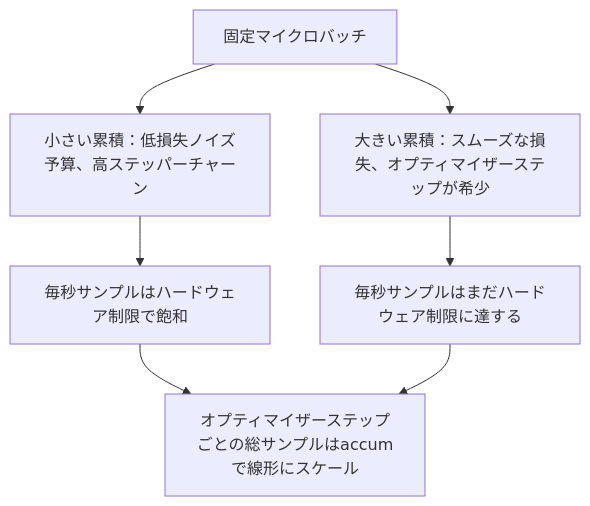
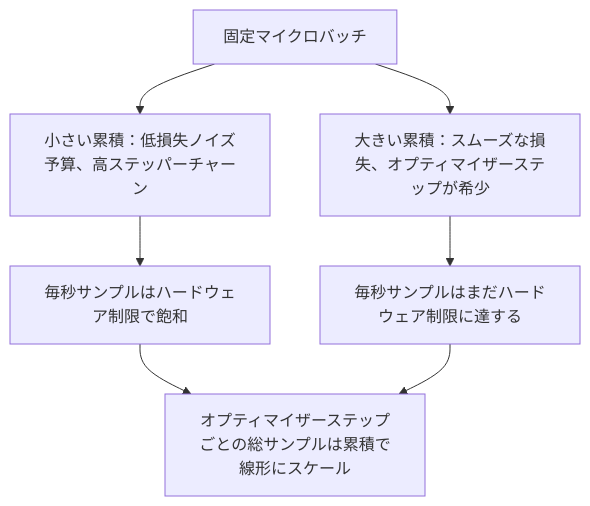
The second of 2 diagrams in content/phases/19-capstone-projects/46-gradient-accumulation/lesson.ja.md (shoshoshomen/synapse-academy), drawn with Mermaid before and after one commit. The commit also changed other lines of this file and 124 other files, not shown here.

First line of the commit message:
feat(i18n): mermaid図のラベルを日本語化(194レッスン/374図)

````diff
--- a/content/phases/19-capstone-projects/46-gradient-accumulation/lesson.ja.md
+++ b/content/phases/19-capstone-projects/46-gradient-accumulation/lesson.ja.md
@@ -62,9 +62,9 @@
 ```mermaid
 flowchart TD
-  micro[固定マイクロバッチ] --> small[小さい累積：低損失ノイズ予算、高ステッパーチャーン]
-  micro --> large[大きい累積：スムーズな損失、オプティマイザーステップが希少]
-  small --> sps1[毎秒サンプルはハードウェア制限で飽和]
-  large --> sps2[毎秒サンプルはまだハードウェア制限に達する]
-  sps1 --> note[オプティマイザーステップごとの総サンプルはaccumで線形にスケール]
+  micro["固定マイクロバッチ"] --> small["小さい累積：低損失ノイズ予算、高ステッパーチャーン"]
+  micro --> large["大きい累積：スムーズな損失、オプティマイザーステップが希少"]
+  small --> sps1["毎秒サンプルはハードウェア制限で飽和"]
+  large --> sps2["毎秒サンプルはまだハードウェア制限に達する"]
+  sps1 --> note["オプティマイザーステップごとの総サンプルは累積で線形にスケール"]
   sps2 --> note
 ```
````
